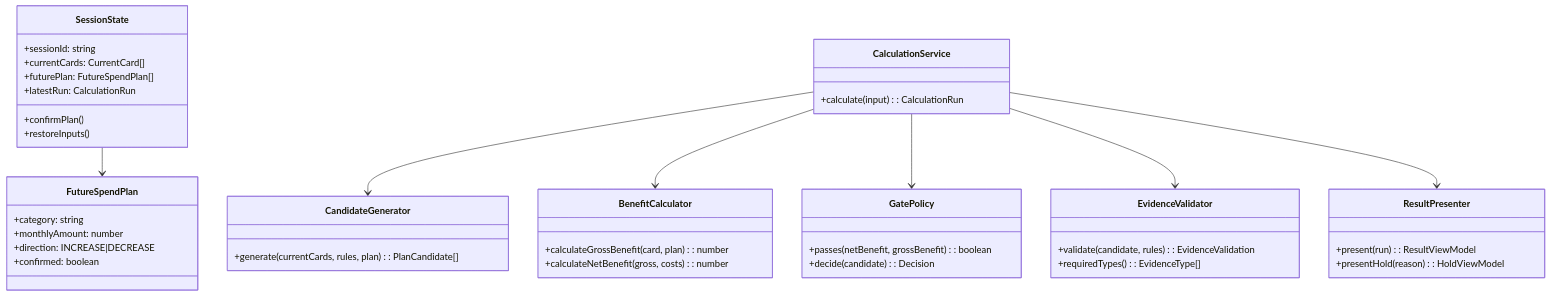
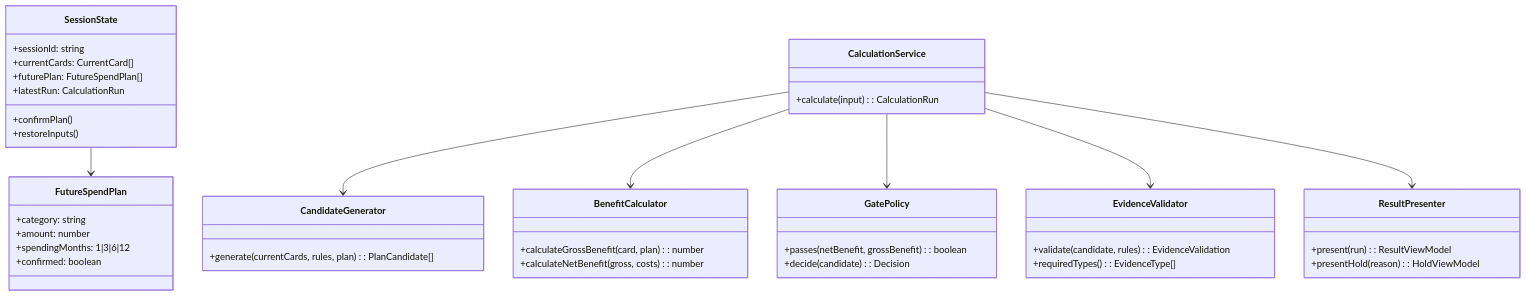
The third of 9 diagrams in docs/diagrams/TECHNICAL_DESIGN.md (maybeaj/cardfit), drawn with Mermaid before and after one commit. The commit also changed other lines of this file and 8 other files, not shown here.

````diff
--- a/docs/diagrams/TECHNICAL_DESIGN.md
+++ b/docs/diagrams/TECHNICAL_DESIGN.md
@@ -188,45 +188,45 @@
 ```mermaid
 classDiagram
   class SessionState {
     +sessionId: string
     +currentCards: CurrentCard[]
     +futurePlan: FutureSpendPlan[]
     +latestRun: CalculationRun
     +confirmPlan()
     +restoreInputs()
   }
   class FutureSpendPlan {
     +category: string
-    +monthlyAmount: number
-    +direction: INCREASE|DECREASE
+    +amount: number
+    +spendingMonths: 1|3|6|12
     +confirmed: boolean
   }
   class CalculationService {
     +calculate(input): CalculationRun
   }
   class BenefitCalculator {
     +calculateGrossBenefit(card, plan): number
     +calculateNetBenefit(gross, costs): number
   }
   class CandidateGenerator {
     +generate(currentCards, rules, plan): PlanCandidate[]
   }
   class GatePolicy {
     +passes(netBenefit, grossBenefit): boolean
     +decide(candidate): Decision
   }
   class EvidenceValidator {
     +validate(candidate, rules): EvidenceValidation
     +requiredTypes(): EvidenceType[]
   }
   class ResultPresenter {
     +present(run): ResultViewModel
     +presentHold(reason): HoldViewModel
   }
   SessionState --> FutureSpendPlan
   CalculationService --> CandidateGenerator
   CalculationService --> BenefitCalculator
   CalculationService --> GatePolicy
   CalculationService --> EvidenceValidator
   CalculationService --> ResultPresenter
 ```
````
